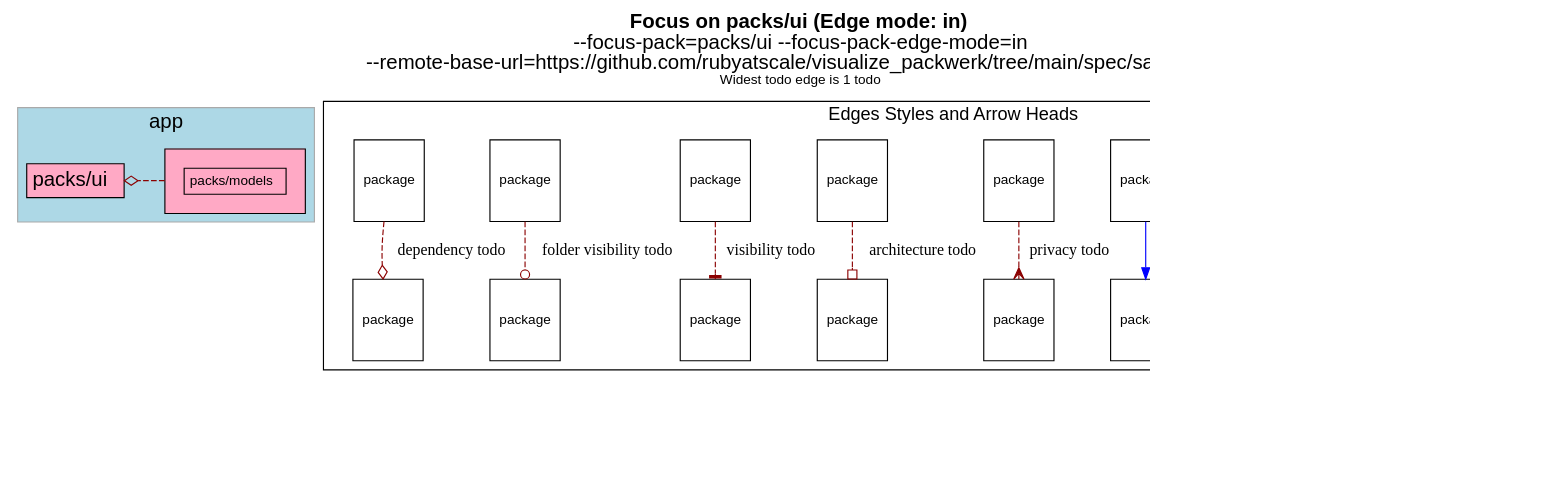
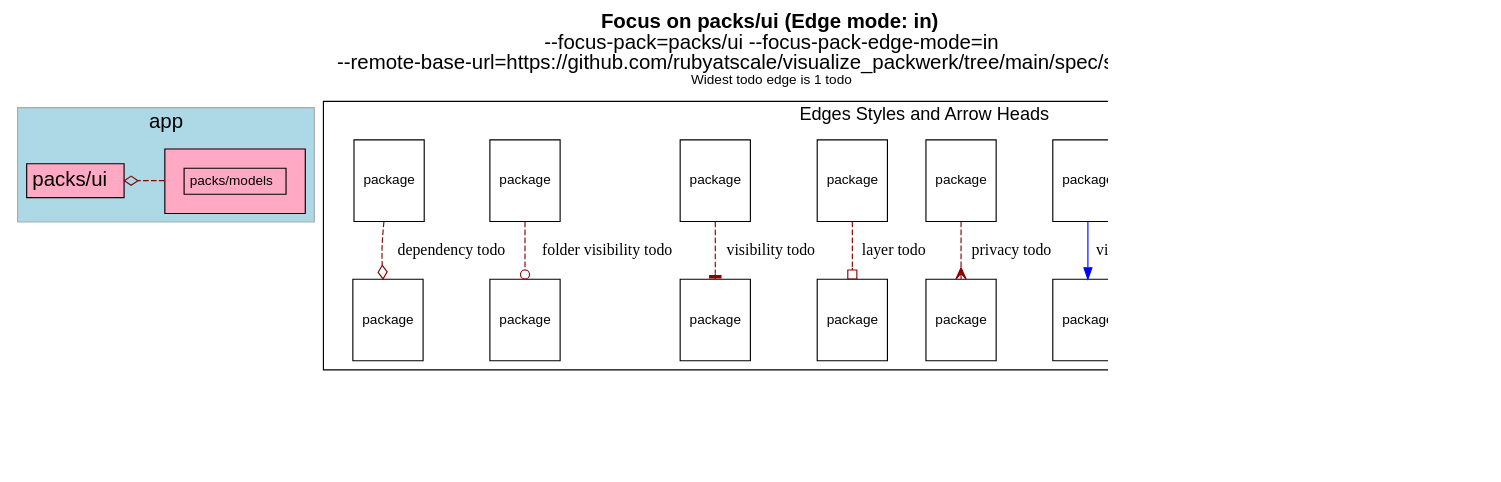
The diagram in spec/sample_app1/test_output/focussed_on_packs_ui_focus_edges_in.dot (rubyatscale/visualize_packs), drawn with Graphviz before and after one commit. The commit also changed 15 other files, not shown here.

First line of the commit message:
Renaming architecture to layer (#66)

```diff
--- a/spec/sample_app1/test_output/focussed_on_packs_ui_focus_edges_in.dot
+++ b/spec/sample_app1/test_output/focussed_on_packs_ui_focus_edges_in.dot
@@ -1,123 +1,123 @@
 digraph package_diagram {
   rankdir=TD
   graph [
     labelloc="t"
     fontname="Helvetica,Arial,sans-serif"
     dpi=100
     layout=dot
     label=<<b>Focus on packs/ui (Edge mode: in)</b><br/> --focus-pack=packs/ui --focus-pack-edge-mode=in<br/>--remote-base-url=https://github.com/rubyatscale/visualize_packwerk/tree/main/spec/sample_app<br/><font point-size='12'>Widest todo edge is 1 todo</font>>
     fontsize=18
   ]
   node [
     fontname="Helvetica,Arial,sans-serif"
     fontsize=26.0
     fontcolor=black
     fillcolor=white
     color=black
     height=1.0
     style=filled
     shape=plain
   ]
     subgraph app {
       shape=box
       color=darkgrey
       fillcolor=lightblue
       style=filled
         label="app"
         cluster=true
         rank = 0        "packs/models" [
             fontsize=12.0
               URL="https://github.com/rubyatscale/visualize_packwerk/tree/main/spec/sample_app/packs/models"
 
               style=filled
               fillcolor="#FFA9C5"
             label= <
                 <table border='0' cellborder='1' cellspacing='0' cellpadding='16'><tr><td>
                   <table border='0' cellborder='1' cellspacing='0' cellpadding='4'>
                     <tr> <td port='private'> packs/models </td> </tr>
                   </table>
                   </td></tr>
                   </table>
               >
           ]
         
         "packs/ui" [
             fontsize=18.0
               URL="https://github.com/rubyatscale/visualize_packwerk/tree/main/spec/sample_app/packs/ui"
 
               style=filled
               fillcolor="#FFA9C5"
             label= <
                 <table border='0' cellborder='1' cellspacing='0' cellpadding='4'>
                   <tr> <td align='left'> packs/ui </td> </tr>
                 </table>
               >
           ]
         
     }
     subgraph utilities {
       shape=box
       color=darkgrey
       fillcolor=lightblue
       style=filled
         label="utilities"
         cluster=true
         rank = 1    }
     subgraph NotInLayer {
       shape=box
       color=darkgrey
       fillcolor=lightblue
       style=filled
         cluster=false
     }
             "packs/models" -> "packs/ui" [
                 constraint=false
               # headlabel="dependency"
 color=darkred style=dashed arrowhead=odiamond
               penwidth=1            ]
     subgraph cluster_legend {
       fontsize=16
       label="Edges Styles and Arrow Heads"
       A [ fontsize=12 shape=box label="package"]
       B [ fontsize=12 shape=box label="package"]
       A -> B [label="accepted dependency" color=darkgreen]
       M [ fontsize=12 shape=box label="package"]
       N [ fontsize=12 shape=box label="package"]
       M -> N [label="nested package" color=purple]
       O [ fontsize=12 shape=box label="package"]
       P [ fontsize=12 shape=box label="package"]
       O -> P [label="visible to" color=blue]
       C [ fontsize=12 shape=box label="package"]
       D [ fontsize=12 shape=box label="package"]
       C -> D [label="privacy todo" color=darkred style=dashed arrowhead=crow]
       E [ fontsize=12 shape=box label="package"]
       F [ fontsize=12 shape=box label="package"]
-      E -> F [label="architecture todo" color=darkred style=dashed arrowhead=obox]
+      E -> F [label="layer todo" color=darkred style=dashed arrowhead=obox]
       G [ fontsize=12 shape=box label="package"]
       H [ fontsize=12 shape=box label="package"]
       G -> H [label="visibility todo" color=darkred style=dashed arrowhead=tee]
       I [ fontsize=12 shape=box label="package"]
       J [ fontsize=12 shape=box label="package"]
       I -> J [label="folder visibility todo" color=darkred style=dashed arrowhead=odot]
       K [ fontsize=12 shape=box label="package"]
       L [ fontsize=12 shape=box label="package"]
       K -> L [label="dependency todo" color=darkred style=dashed arrowhead=odiamond]
       LEGEND_NODE_1 [ label="" peripheries=0 height=0 width=0 style=invis ]
       LEGEND_NODE_2 [ label="" peripheries=0 height=0 width=0 style=invis ]
       LEGEND_NODE_1 -> LEGEND_NODE_2 [ style=invis ]
     }
   subgraph cluster_teams_legend {
     fontsize=16
     label="Team Colors"
 
       "UI TeamUI Team" [
         label="UI Team"
         style=filled
         fillcolor="#FFA9C5"
         fontsize=12
         shape=box
       ]
 
   }
     LEGEND_NODE_2 -> "UI TeamUI Team" [style=invis]
 }
```
